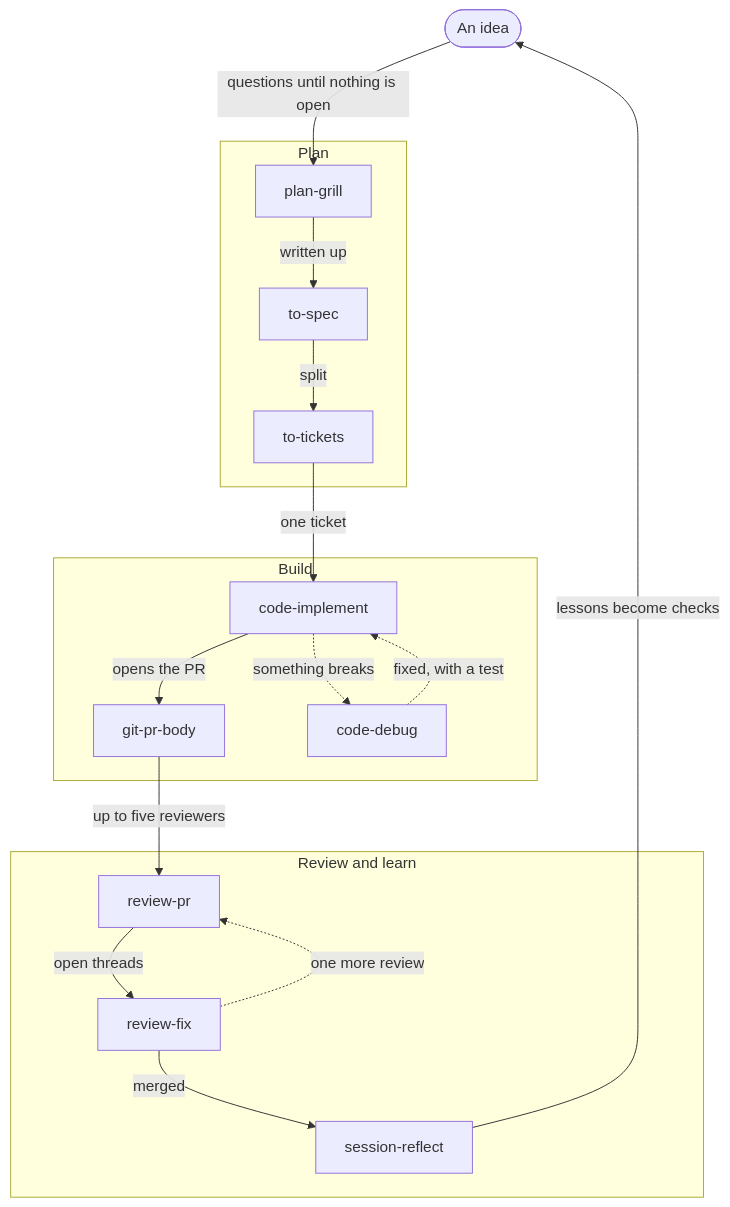
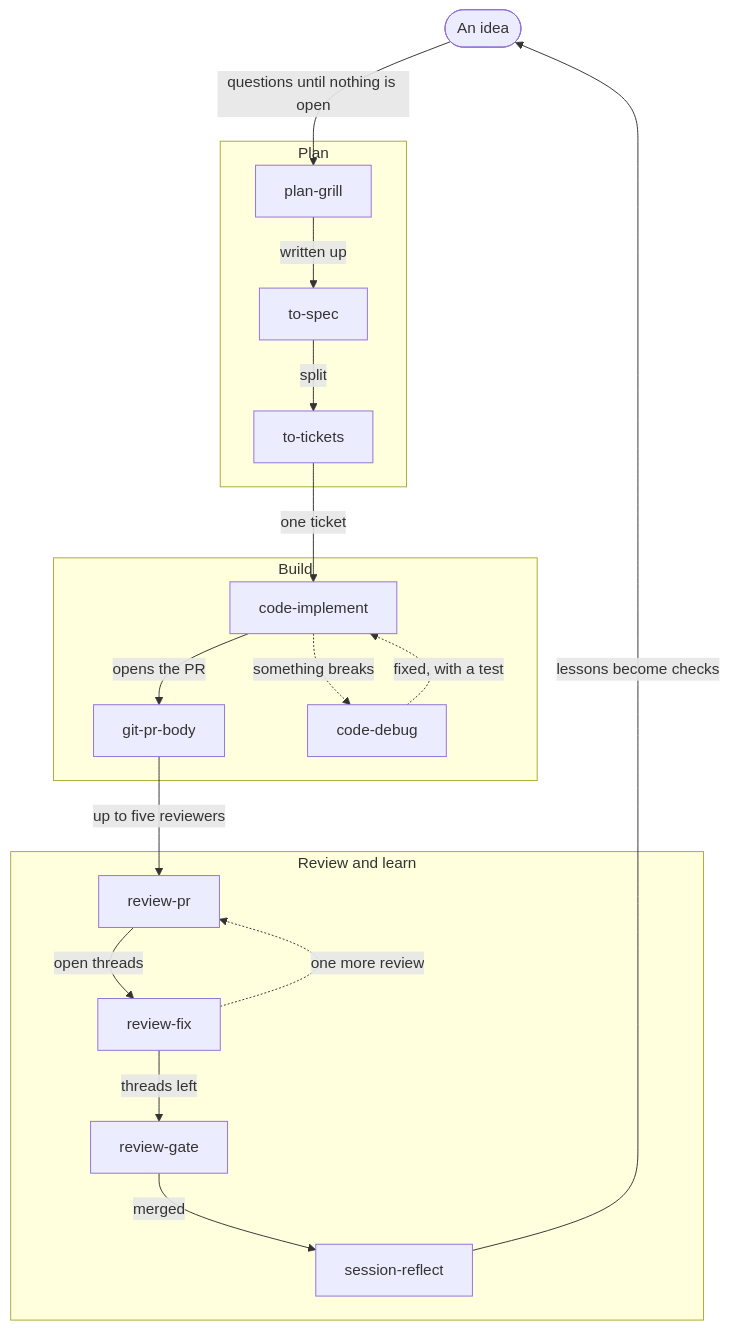
Before and after one commit to h2xd/skills: the diagram in README.md, drawn with Mermaid. The commit also changed other lines of this file and 6 other files, not shown here.

````diff
--- a/README.md
+++ b/README.md
@@ -92,22 +92,23 @@
 ```mermaid
 flowchart TD
   idea([An idea])
   subgraph plan [Plan]
     grill[plan-grill] -->|written up| spec[to-spec]
     spec -->|split| tickets[to-tickets]
   end
   subgraph build [Build]
     impl[code-implement] -->|opens the PR| body[git-pr-body]
     impl -.->|something breaks| debug[code-debug]
     debug -.->|fixed, with a test| impl
   end
   subgraph ship [Review and learn]
     review[review-pr] -->|open threads| fix[review-fix]
     fix -.->|one more review| review
-    fix -->|merged| reflect[session-reflect]
+    fix -->|threads left| gate[review-gate]
+    gate -->|merged| reflect[session-reflect]
   end
   idea -->|questions until nothing is open| grill
   tickets -->|one ticket| impl
   body -->|up to five reviewers| review
   reflect -->|lessons become checks| idea
 ```
````
